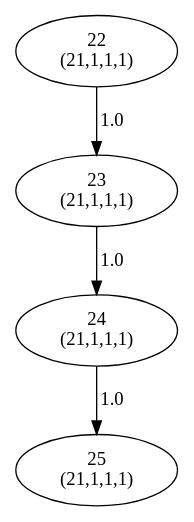
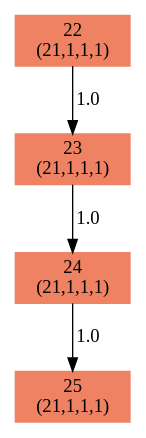
One commit to rbonifacio/hephaestus-pl changed the diagram in src/meta-hephaestus/HplProducts/samples/dtmcComposed/compose_mem.dot. Above: the diagram before and after it, drawn with Graphviz. The commit also changed 1 other file, not shown here.

```diff
--- a/src/meta-hephaestus/HplProducts/samples/dtmcComposed/compose_mem.dot
+++ b/src/meta-hephaestus/HplProducts/samples/dtmcComposed/compose_mem.dot
@@ -1,9 +1,9 @@
 digraph {
-    22 [label="22\n(21,1,1,1)"];
-    23 [label="23\n(21,1,1,1)"];
-    24 [label="24\n(21,1,1,1)"];
-    25 [label="25\n(21,1,1,1)"];
+    22 [style=filled, color=salmon2, shape=polygon, label="22\n(21,1,1,1)"];
+    23 [style=filled, color=salmon2, shape=polygon, label="23\n(21,1,1,1)"];
+    24 [style=filled, color=salmon2, shape=polygon, label="24\n(21,1,1,1)"];
+    25 [style=filled, color=salmon2, shape=polygon, label="25\n(21,1,1,1)"];
     22 -> 23 [label="1.0"];
     23 -> 24 [label="1.0"];
     24 -> 25 [label="1.0"];
 }
```
